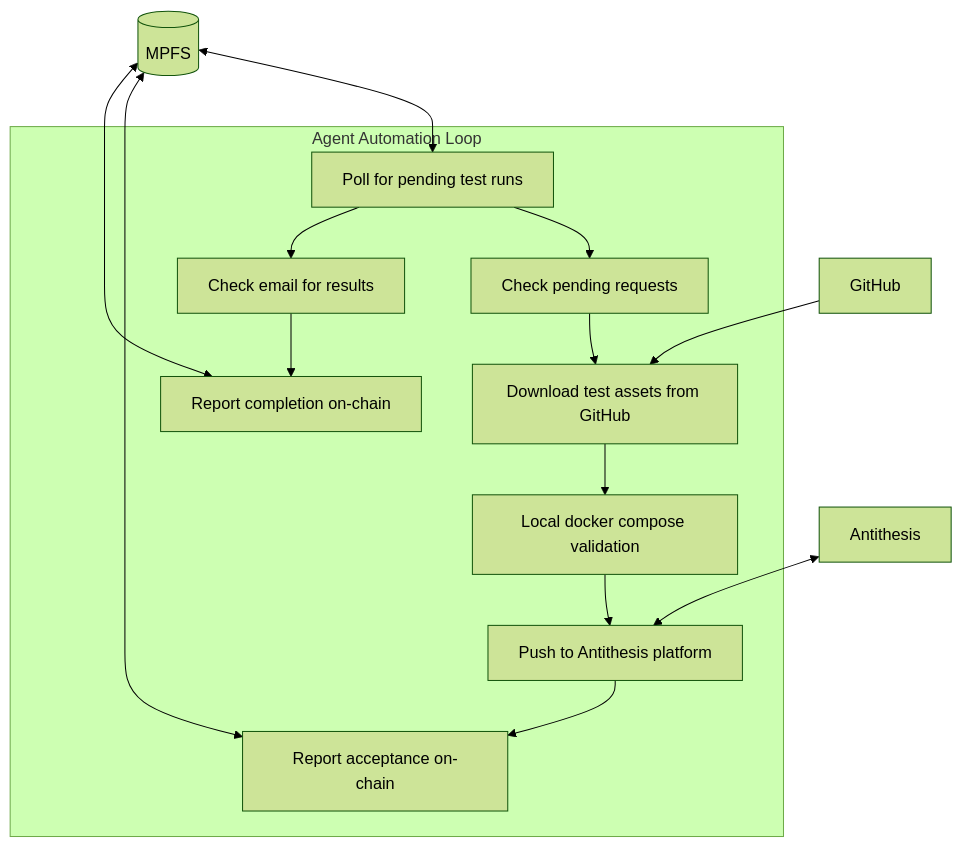
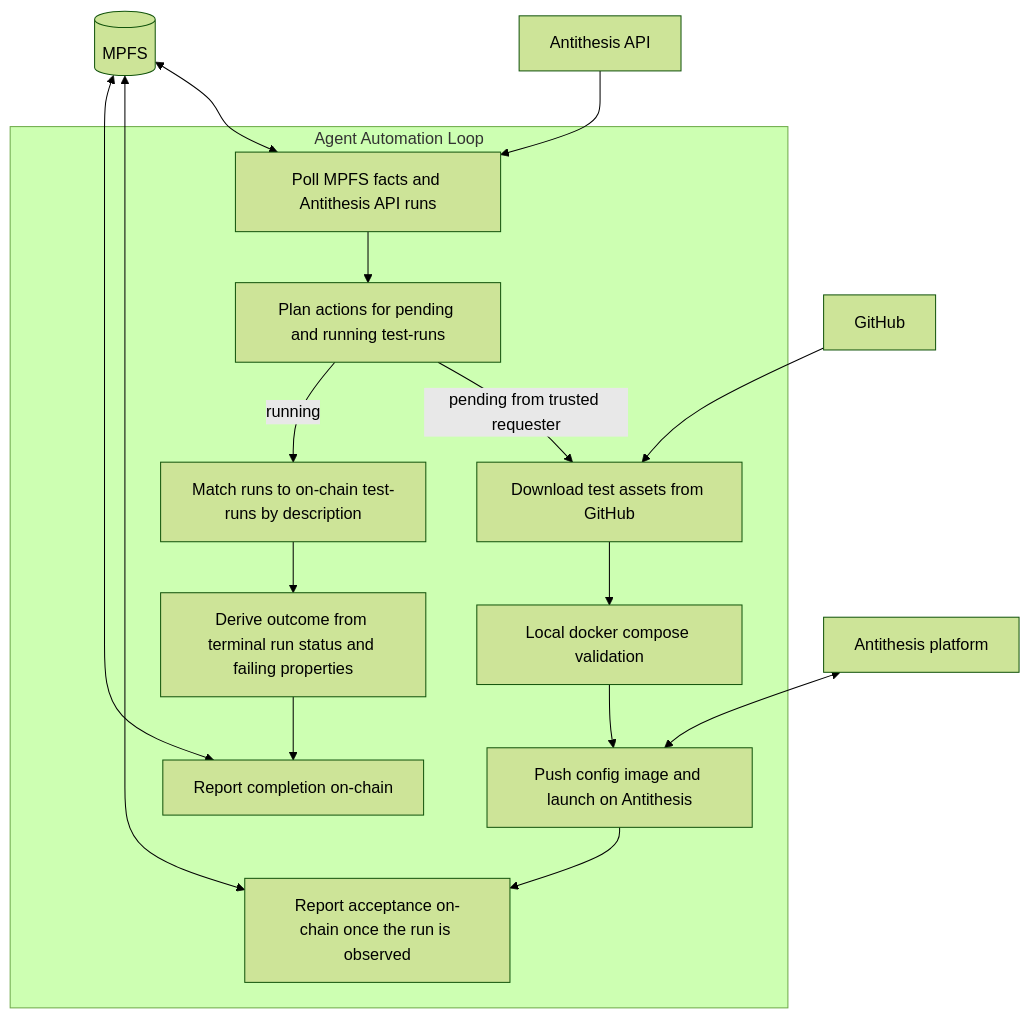
Before and after one commit to cardano-foundation/moog: the diagram in docs/ops/agent-role.md, drawn with Mermaid (forest theme). The commit also changed other lines of this file and 9 other files, not shown here.

````diff
--- a/docs/ops/agent-role.md
+++ b/docs/ops/agent-role.md
@@ -5,22 +5,25 @@
 ```mermaid
 flowchart TB
-    subgraph Agent Automation Loop
-        poll[Poll for pending test runs]
-        check[Check pending requests]
+    subgraph loop [Agent Automation Loop]
+        poll[Poll MPFS facts and Antithesis API runs]
+        plan[Plan actions for pending and running test-runs]
         download[Download test assets from GitHub]
         validate[Local docker compose validation]
-        push[Push to Antithesis platform]
-        accept[Report acceptance on-chain]
-        email[Check email for results]
+        push[Push config image and launch on Antithesis]
+        accept[Report acceptance on-chain once the run is observed]
+        reconcile[Match runs to on-chain test-runs by description]
+        outcome[Derive outcome from terminal run status and failing properties]
         report[Report completion on-chain]
     end
 
-    poll --> check --> download --> validate --> push --> accept
-    poll --> email --> report
+    poll --> plan
+    plan -->|pending from trusted requester| download --> validate --> push --> accept
+    plan -->|running| reconcile --> outcome --> report
 
     MPFS[(MPFS)] <--> poll
+    AT[Antithesis API] --> poll
     GH[GitHub] --> download
-    AT[Antithesis] <--> push
+    AT2[Antithesis platform] <--> push
     MPFS <--> accept
     MPFS <--> report
 ```
````
